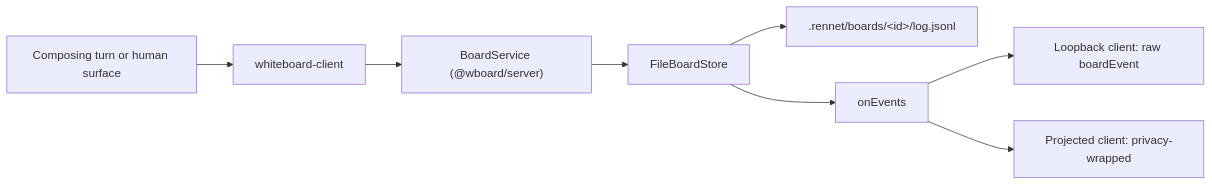
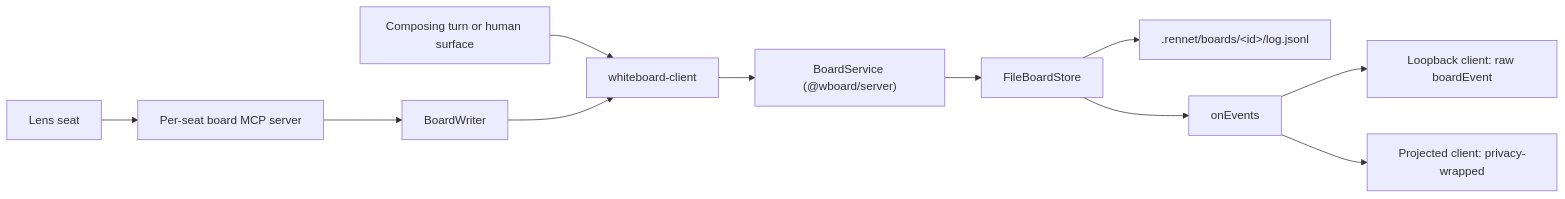
One commit to rbutera/Rennet changed the diagram in docs/developing/reference/whiteboard-consumption.md. Above: the diagram before and after it, drawn with Mermaid. The commit also changed other lines of this file and 10 other files, not shown here.

````diff
--- a/docs/developing/reference/whiteboard-consumption.md
+++ b/docs/developing/reference/whiteboard-consumption.md
@@ -167,10 +173,13 @@
 ```mermaid
 flowchart LR
   o[Composing turn or human surface] --> wc[whiteboard-client]
+  seat[Lens seat] --> mcp[Per-seat board MCP server]
+  mcp --> bw[BoardWriter]
+  bw --> wc
   wc --> svc["BoardService (@wboard/server)"]
   svc --> store[FileBoardStore]
   store --> log[".rennet/boards/&lt;id&gt;/log.jsonl"]
   store --> ev[onEvents]
   ev --> loop[Loopback client: raw boardEvent]
   ev --> proj[Projected client: privacy-wrapped]
 ```
````
